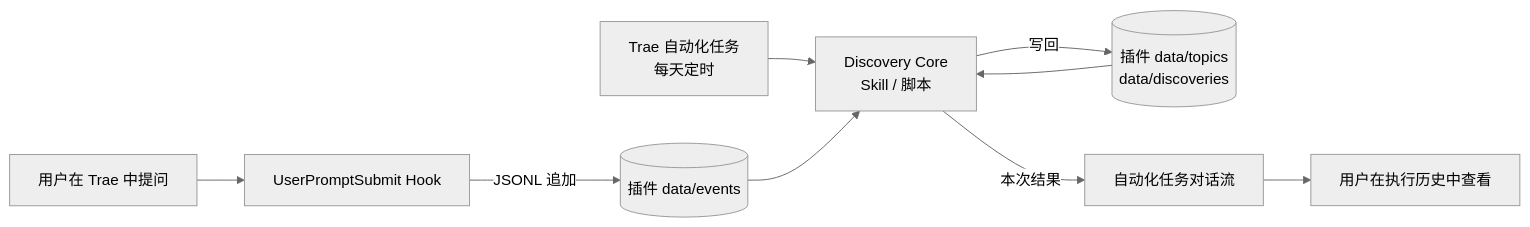
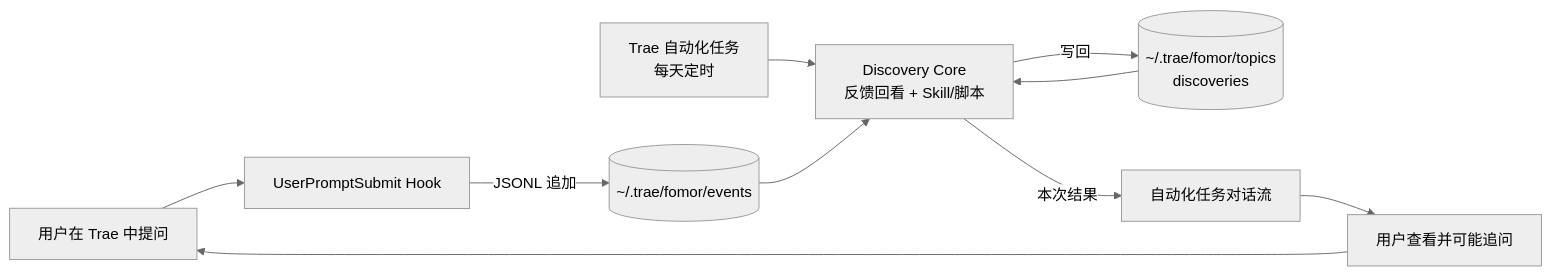
One commit to LYJ132/Fomor changed the diagram in docs/TRAE-PLATFORM-RESEARCH.md. Above: the diagram before and after it, drawn with Mermaid (neutral theme). The commit also changed other lines of this file and 2 other files, not shown here.

````diff
--- a/docs/TRAE-PLATFORM-RESEARCH.md
+++ b/docs/TRAE-PLATFORM-RESEARCH.md
@@ -524,11 +521,12 @@
 ```mermaid
 flowchart LR
     U[用户在 Trae 中提问] --> H[UserPromptSubmit Hook]
-    H -->|JSONL 追加| E[(插件 data/events)]
-    T[Trae 自动化任务<br/>每天定时] --> C[Discovery Core<br/>Skill / 脚本]
+    H -->|JSONL 追加| E[(~/.trae/fomor/events)]
+    T[Trae 自动化任务<br/>每天定时] --> C[Discovery Core<br/>反馈回看 + Skill/脚本]
     E --> C
-    M[(插件 data/topics<br/>data/discoveries)] --> C
+    M[(~/.trae/fomor/topics<br/>discoveries)] --> C
     C -->|写回| M
     C -->|本次结果| O[自动化任务对话流]
-    O --> V[用户在执行历史中查看]
+    O --> V[用户查看并可能追问]
+    V --> U
 ```
````
